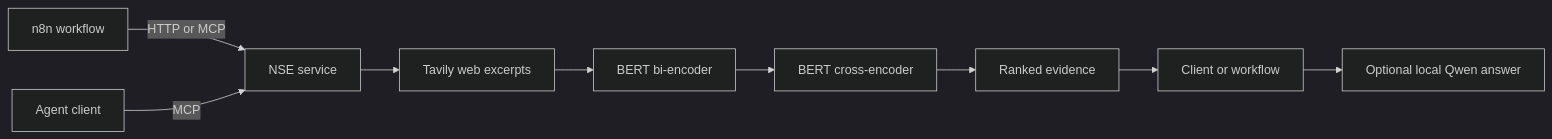
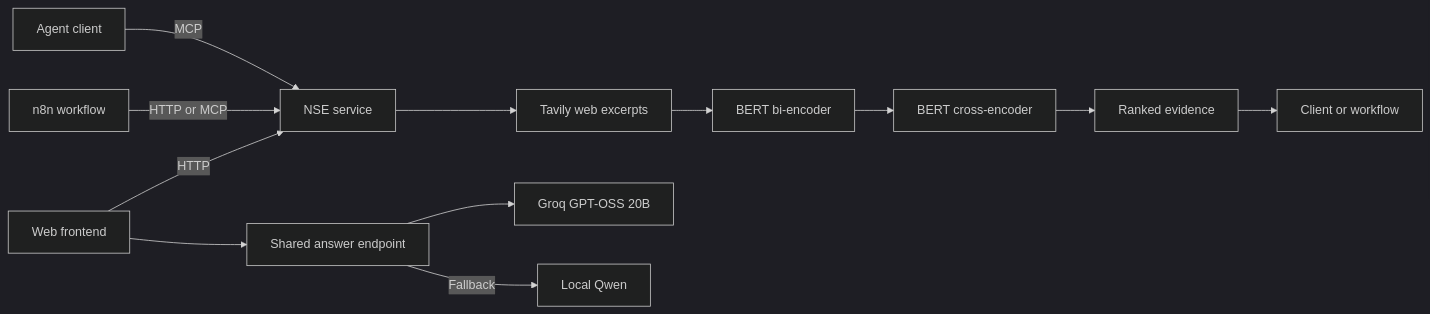
One commit to InsaneJSK/Neural-Search-Engine changed the diagram in README.md. Above: the diagram before and after it, drawn with Mermaid (dark theme). The commit also changed other lines of this file and 21 other files, not shown here.

````diff
--- a/README.md
+++ b/README.md
@@ -54,11 +59,14 @@
 ```mermaid
 flowchart LR
+    W[Web frontend] -->|HTTP| S[NSE service]
     N[n8n workflow] -->|HTTP or MCP| S[NSE service]
     A[Agent client] -->|MCP| S
     S --> T[Tavily web excerpts]
     T --> B[BERT bi-encoder]
     B --> C[BERT cross-encoder]
     C --> E[Ranked evidence]
     E --> R[Client or workflow]
-    R --> O[Optional local Qwen answer]
+    W --> G[Shared answer endpoint]
+    G --> Q[Groq GPT-OSS 20B]
+    G -->|Fallback| O[Local Qwen]
 ```
````
